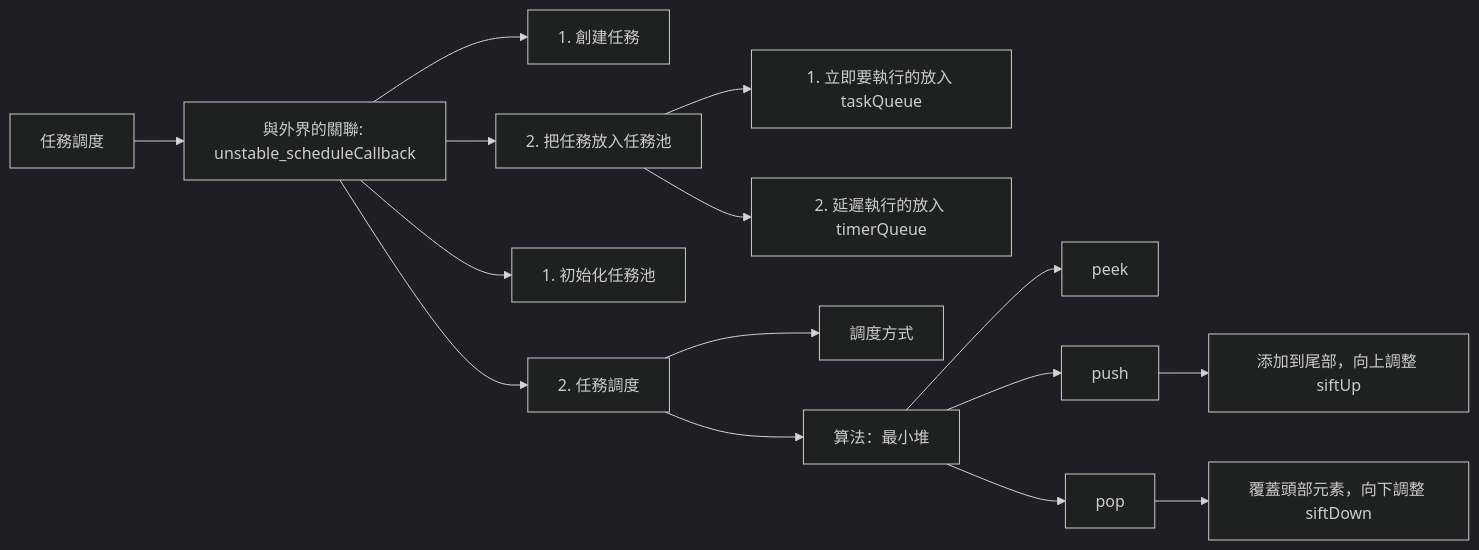
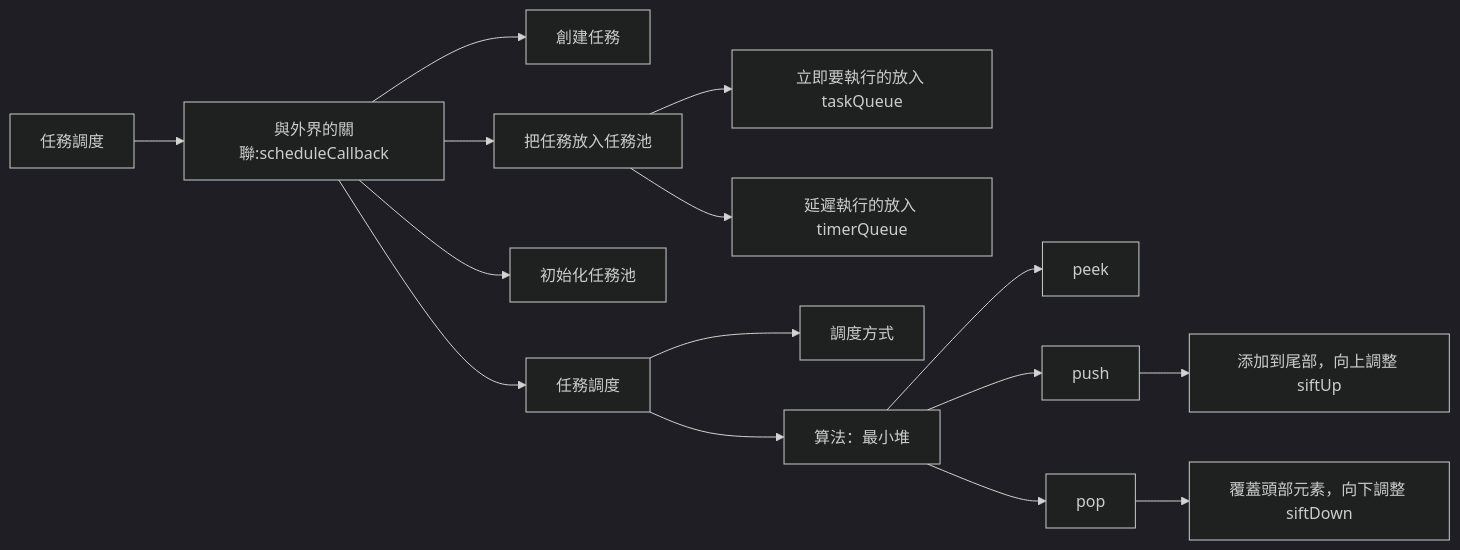
The diagram in packages/scheduler/README.md (meihan0922/mini-react), drawn with Mermaid (dark theme) before and after one commit. The commit also changed other lines of this file and 9 other files, not shown here.

````diff
--- a/packages/scheduler/README.md
+++ b/packages/scheduler/README.md
@@ -36,17 +36,17 @@
 ```mermaid
 graph LR
-    A[任務調度] --> B[與外界的關聯: unstable_scheduleCallback];
-    B --> C[1. 創建任務];
-    B --> D[2. 把任務放入任務池];
-    D --> E[1. 立即要執行的放入 taskQueue];
-    D --> F[2. 延遲執行的放入 timerQueue];
-    B --> G[1. 初始化任務池];
-    B --> H[2. 任務調度];
+    A[任務調度] --> B[與外界的關聯:scheduleCallback];
+    B --> C[創建任務];
+    B --> D[把任務放入任務池];
+    D --> E[立即要執行的放入 taskQueue];
+    D --> F[延遲執行的放入 timerQueue];
+    B --> G[初始化任務池];
+    B --> H[任務調度];
     H --> I[調度方式];
     H --> J[算法：最小堆];
     J --> K[peek];
     J --> L[push];
     J --> M[pop];
     L --> N[添加到尾部，向上調整 siftUp];
     M --> O[覆蓋頭部元素，向下調整 siftDown];
 ```
````
